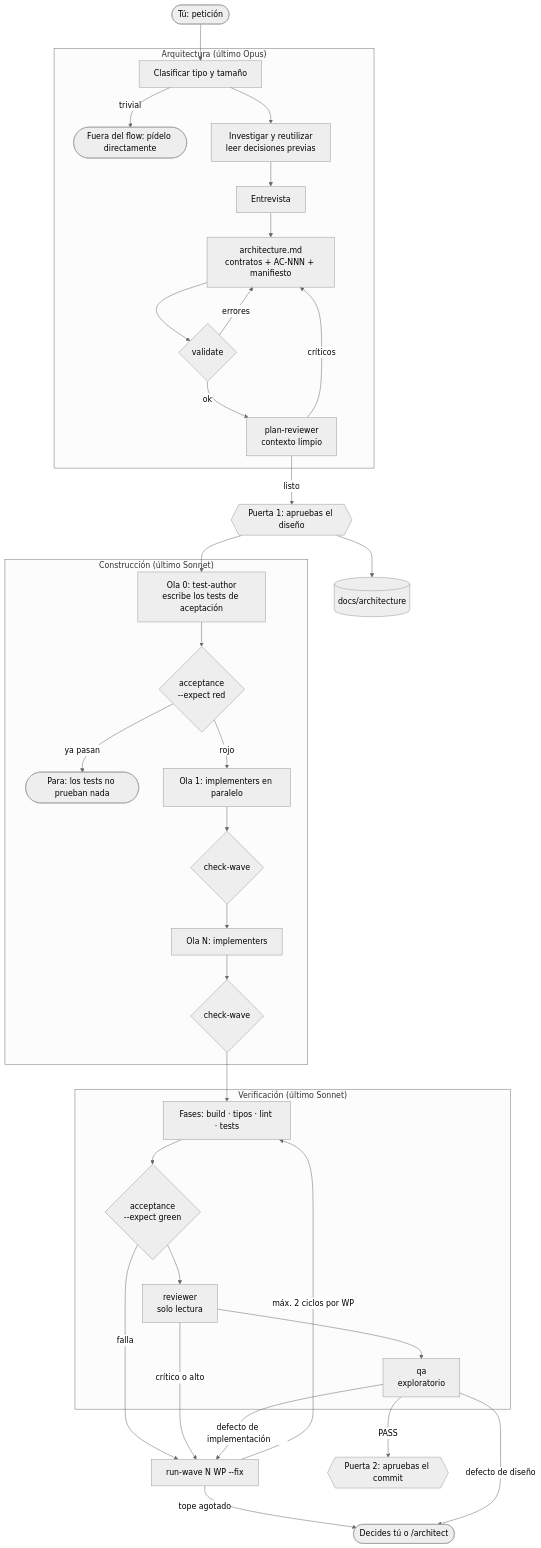
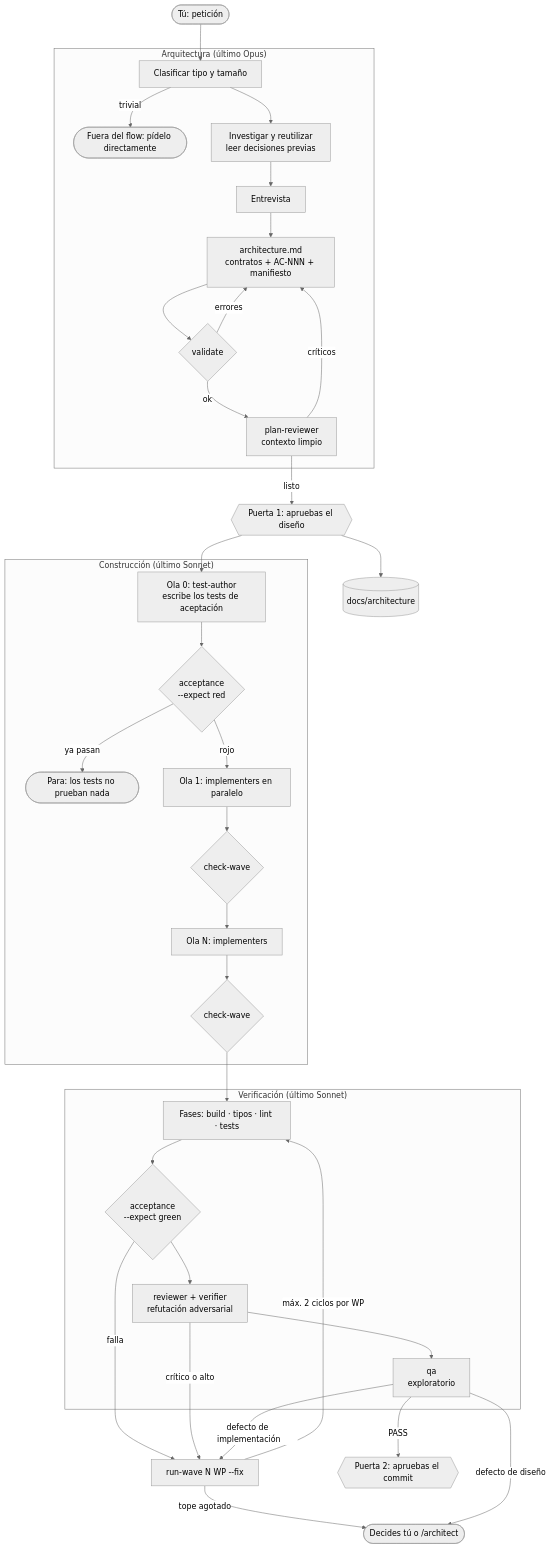
The first of 5 diagrams in docs/how-it-works.md (jagosar/agentic-flow), drawn with Mermaid (neutral theme) before and after one commit. The commit also changed other lines of this file and 19 other files, not shown here.

````diff
--- a/docs/how-it-works.md
+++ b/docs/how-it-works.md
@@ -20,44 +20,44 @@
 ```mermaid
 flowchart TD
     U(["Tú: petición"]) --> C
 
     subgraph A["Arquitectura (último Opus)"]
         C["Clasificar tipo y tamaño"] -->|trivial| X(["Fuera del flow: pídelo directamente"])
         C --> R["Investigar y reutilizar<br/>leer decisiones previas"]
         R --> I["Entrevista"]
         I --> D["architecture.md<br/>contratos + AC-NNN + manifiesto"]
         D --> V{"validate"}
         V -->|errores| D
         V -->|ok| PR["plan-reviewer<br/>contexto limpio"]
         PR -->|críticos| D
     end
 
     PR -->|listo| G1{{"Puerta 1: apruebas el diseño"}}
     G1 --> ARC[("docs/architecture")]
 
     subgraph B["Construcción (último Sonnet)"]
         AT["Ola 0: test-author<br/>escribe los tests de aceptación"] --> RED{"acceptance<br/>--expect red"}
         RED -->|ya pasan| STOP1(["Para: los tests no prueban nada"])
         RED -->|rojo| W1["Ola 1: implementers en paralelo"]
         W1 --> CW1{"check-wave"}
         CW1 --> W2["Ola N: implementers"]
         W2 --> CWN{"check-wave"}
     end
 
     G1 --> AT
 
     subgraph C2["Verificación (último Sonnet)"]
         VF["Fases: build · tipos · lint · tests"] --> GREEN{"acceptance<br/>--expect green"}
-        GREEN --> RV["reviewer<br/>solo lectura"]
+        GREEN --> RV["reviewer + verifier<br/>refutación adversarial"]
         RV --> QA["qa<br/>exploratorio"]
     end
 
     CWN --> VF
     GREEN -->|falla| FIX
     RV -->|crítico o alto| FIX
     QA -->|defecto de implementación| FIX["run-wave N WP --fix"]
     FIX -->|máx. 2 ciclos por WP| VF
     FIX -->|tope agotado| H(["Decides tú o /architect"])
     QA -->|defecto de diseño| H
     QA -->|PASS| G2{{"Puerta 2: apruebas el commit"}}
 ```
````
